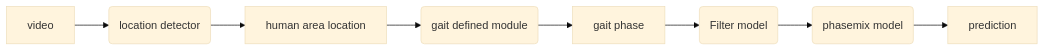
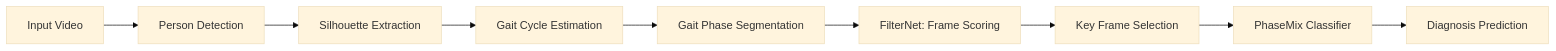
The diagram in README.md (ChenKaiXuSan/FilterNet_ASD_PyTorch), drawn with Mermaid (base theme) before and after one commit. The commit also changed other lines of this file, not shown here.

Commit message:
更新README.md，修改项目名称为FilterNet，增强描述，优化方法流程图，并添加数据集和训练步骤的详细信息

````diff
--- a/README.md
+++ b/README.md
@@ -9,10 +27,11 @@
-``` mermaid
+```mermaid
 graph LR
-A[video] --> B(location detector)
-B --> C[human area location]
-C --> D(gait defined module)
-D --> E[gait phase]
-E --> F(Filter model)
-F --> G(phasemix model)
-G --> H[prediction]
+A[Input Video] --> B[Person Detection]
+B --> C[Silhouette Extraction]
+C --> D[Gait Cycle Estimation]
+D --> E[Gait Phase Segmentation]
+E --> F[FilterNet: Frame Scoring]
+F --> G[Key Frame Selection]
+G --> H[PhaseMix Classifier]
+H --> I[Diagnosis Prediction]
 ```
````
